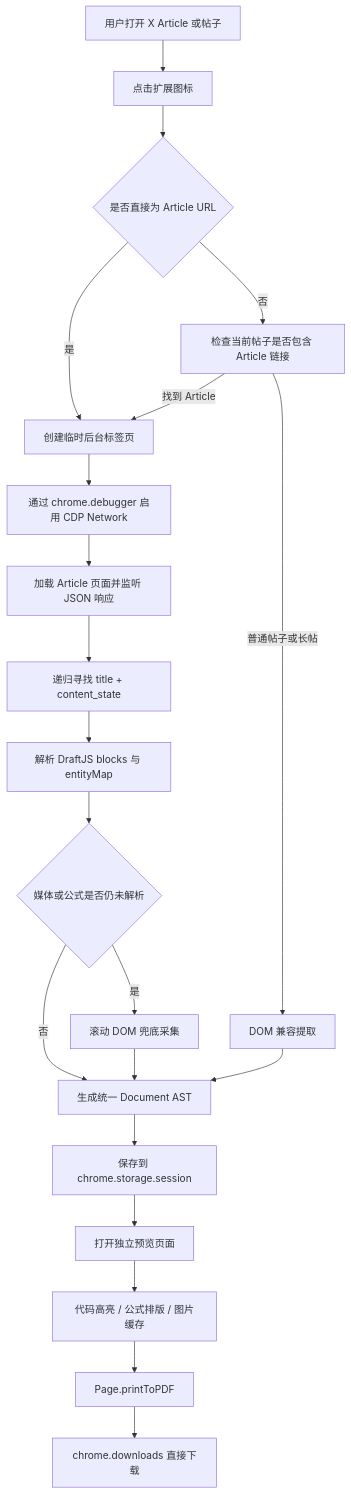
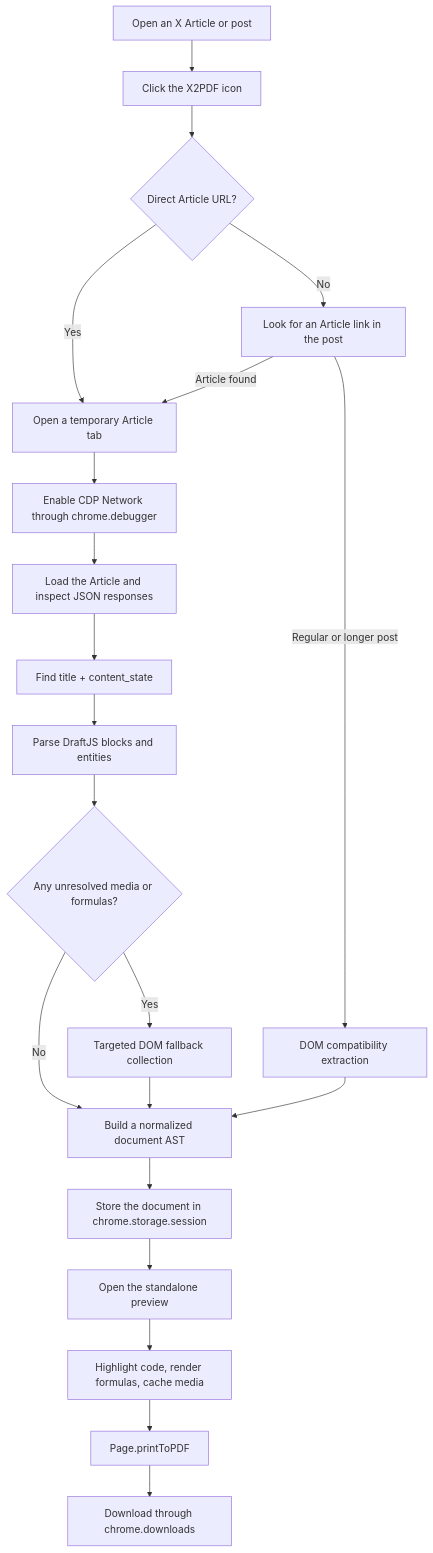
The diagram in README.md (troicc/X2PDF), drawn with Mermaid before and after one commit. The commit also changed other lines of this file and 39 other files, not shown here.

````diff
--- a/README.md
+++ b/README.md
@@ -142,26 +222,26 @@
 ```mermaid
 flowchart TD
-    A[用户打开 X Article 或帖子] --> B[点击扩展图标]
-    B --> C{是否直接为 Article URL}
-    C -- 是 --> D[创建临时后台标签页]
-    C -- 否 --> E[检查当前帖子是否包含 Article 链接]
-    E -->|找到 Article| D
-    E -->|普通帖子或长帖| F[DOM 兼容提取]
+    A[Open an X Article or post] --> B[Click the X2PDF icon]
+    B --> C{Direct Article URL?}
+    C -- Yes --> D[Open a temporary Article tab]
+    C -- No --> E[Look for an Article link in the post]
+    E -->|Article found| D
+    E -->|Regular or longer post| F[DOM compatibility extraction]
 
-    D --> G[通过 chrome.debugger 启用 CDP Network]
-    G --> H[加载 Article 页面并监听 JSON 响应]
-    H --> I[递归寻找 title + content_state]
-    I --> J[解析 DraftJS blocks 与 entityMap]
+    D --> G[Enable CDP Network through chrome.debugger]
+    G --> H[Load the Article and inspect JSON responses]
+    H --> I[Find title + content_state]
+    I --> J[Parse DraftJS blocks and entities]
 
-    J --> K{媒体或公式是否仍未解析}
-    K -- 是 --> L[滚动 DOM 兜底采集]
-    K -- 否 --> M[生成统一 Document AST]
+    J --> K{Any unresolved media or formulas?}
+    K -- Yes --> L[Targeted DOM fallback collection]
+    K -- No --> M[Build a normalized document AST]
     L --> M
     F --> M
 
-    M --> N[保存到 chrome.storage.session]
-    N --> O[打开独立预览页面]
-    O --> P[代码高亮 / 公式排版 / 图片缓存]
+    M --> N[Store the document in chrome.storage.session]
+    N --> O[Open the standalone preview]
+    O --> P[Highlight code, render formulas, cache media]
     P --> Q[Page.printToPDF]
-    Q --> R[chrome.downloads 直接下载]
+    Q --> R[Download through chrome.downloads]
 ```
````
